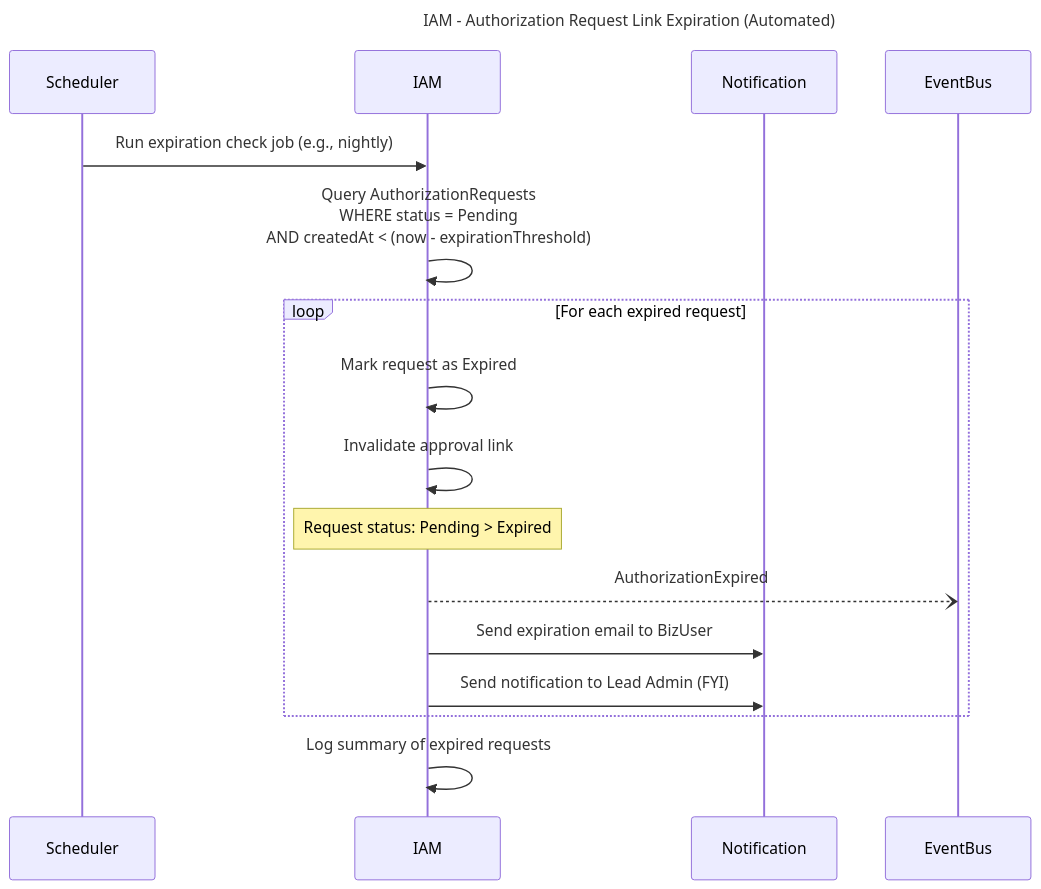
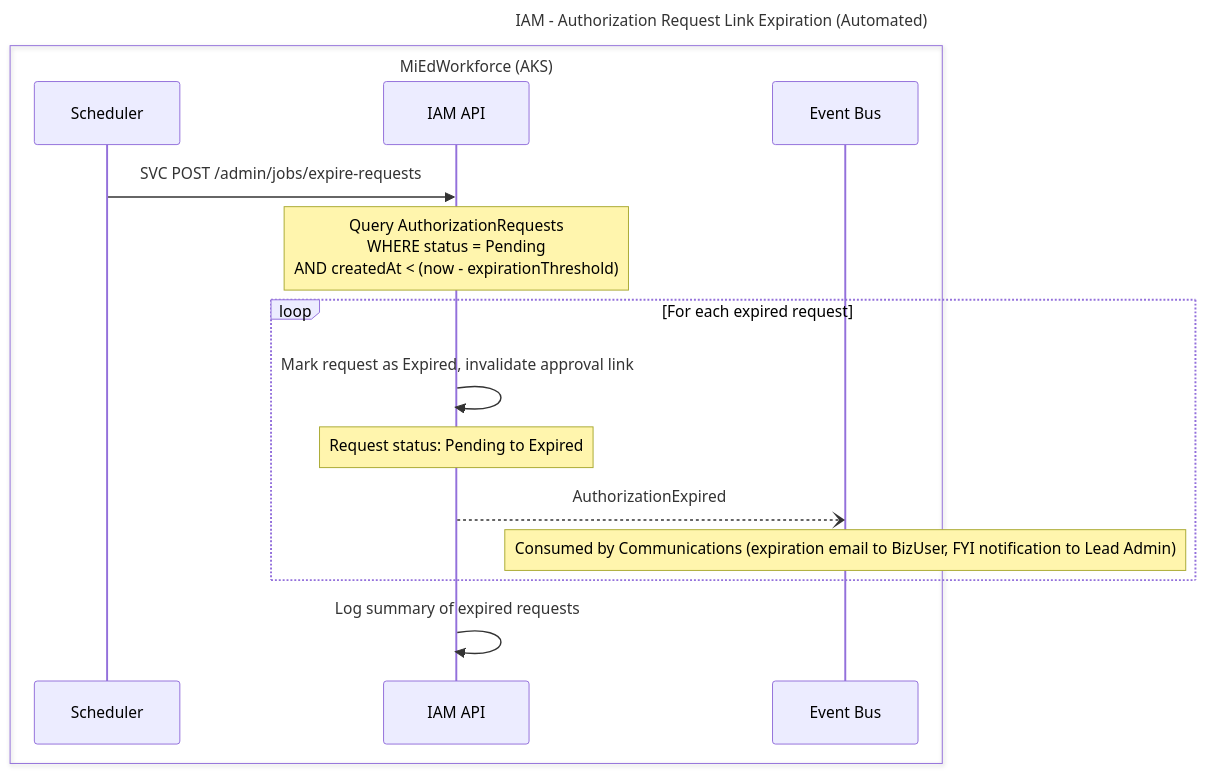
Before and after one commit to mnichols-dl/mied-design: the eighth of 23 diagrams in working-docs/solution-areas/iam/iam-sequences.md, drawn with Mermaid. The commit also changed other lines of this file and 34 other files, not shown here.

Commit message:
Update sequences and perform RTM assessment

````diff
--- a/working-docs/solution-areas/iam/iam-sequences.md
+++ b/working-docs/solution-areas/iam/iam-sequences.md
@@ -417,26 +454,25 @@
 ```mermaid
 ---
 title: IAM - Authorization Request Link Expiration (Automated)
 ---
 sequenceDiagram
+    box MiEdWorkforce (AKS)
     participant Scheduler
-    participant IAM
-    participant Notification
-    participant EventBus
-    
-    Scheduler->>IAM: Run expiration check job (e.g., nightly)
-    IAM->>IAM: Query AuthorizationRequests<br/>WHERE status = Pending<br/>AND createdAt < (now - expirationThreshold)
-    
+    participant IamApi as IAM API
+    participant EventBus as Event Bus
+    end
+
+    Scheduler->>IamApi: SVC POST /admin/jobs/expire-requests
+    Note over IamApi: Query AuthorizationRequests<br/>WHERE status = Pending<br/>AND createdAt < (now - expirationThreshold)
+
     loop For each expired request
-        IAM->>IAM: Mark request as Expired
-        IAM->>IAM: Invalidate approval link
-        
-        Note over IAM: Request status: Pending > Expired
-        
-        IAM--)EventBus: AuthorizationExpired
-        IAM->>Notification: Send expiration email to BizUser
-        IAM->>Notification: Send notification to Lead Admin (FYI)
+        IamApi->>IamApi: Mark request as Expired, invalidate approval link
+
+        Note over IamApi: Request status: Pending to Expired
+
+        IamApi--)EventBus: AuthorizationExpired
+        Note over EventBus: Consumed by Communications (expiration email to BizUser, FYI notification to Lead Admin)
     end
-    
-    IAM->>IAM: Log summary of expired requests
+
+    IamApi->>IamApi: Log summary of expired requests
 ```
````
